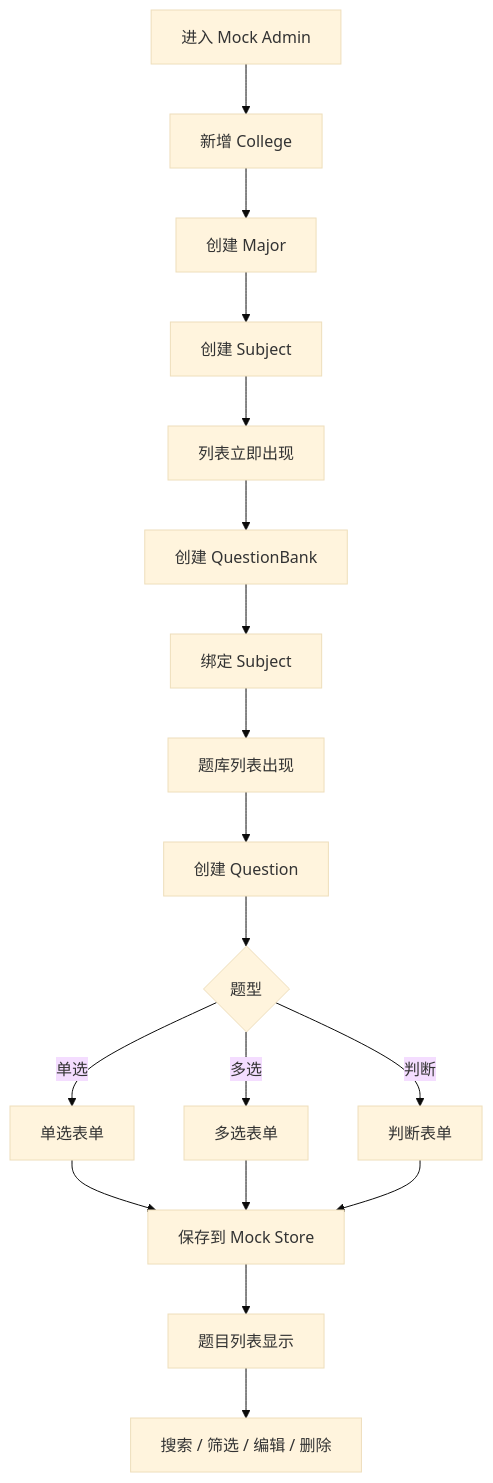
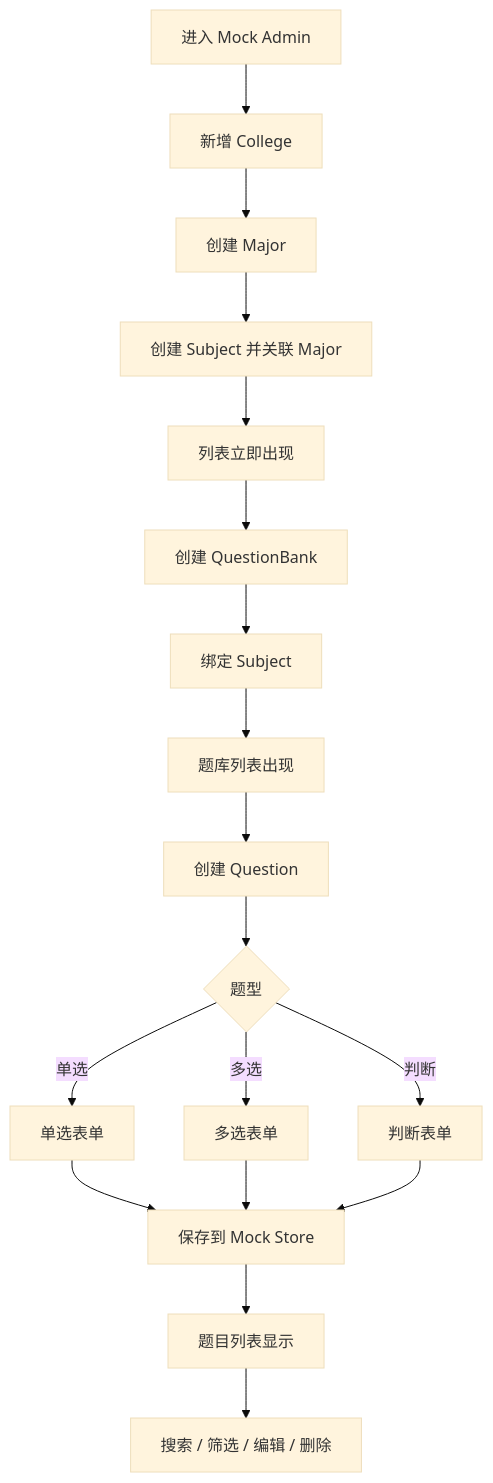
Before and after one commit to zhouycheng/QandA: the diagram in docs/prd/admin-mvp.md, drawn with Mermaid (base theme). The commit also changed other lines of this file and 10 other files, not shown here.

````diff
--- a/docs/prd/admin-mvp.md
+++ b/docs/prd/admin-mvp.md
@@ -178,20 +181,20 @@
 ```mermaid
 flowchart TD
     A[进入 Mock Admin] --> P[新增 College]
     P --> B[创建 Major]
-    B --> C[创建 Subject]
+    B --> C[创建 Subject 并关联 Major]
     C --> D[列表立即出现]
     D --> E[创建 QuestionBank]
     E --> F[绑定 Subject]
     F --> G[题库列表出现]
     G --> H[创建 Question]
     H --> I{题型}
     I -->|单选| J[单选表单]
     I -->|多选| K[多选表单]
     I -->|判断| L[判断表单]
     J --> M[保存到 Mock Store]
     K --> M
     L --> M
     M --> N[题目列表显示]
     N --> O[搜索 / 筛选 / 编辑 / 删除]
 ```
````
